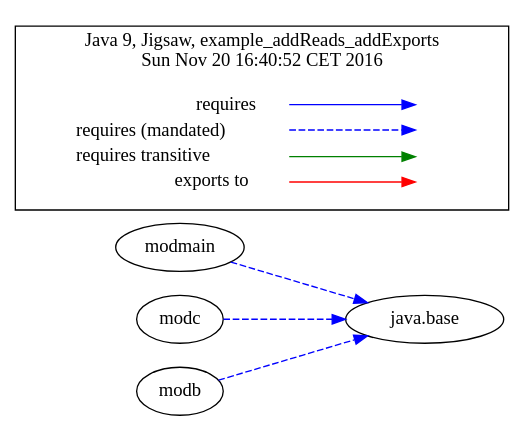
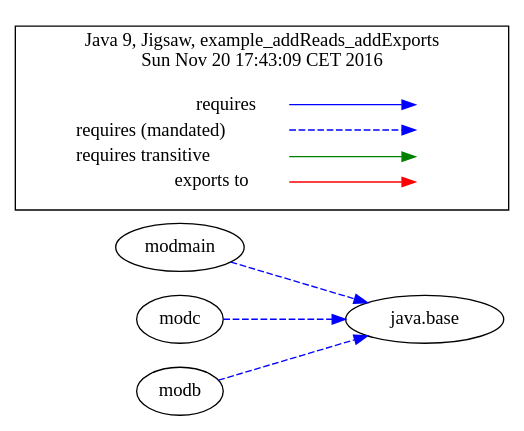
Before and after one commit to accso/java9-jigsaw-examples: the diagram in jigsaw-examples/example_addReads_addExports/moduledependencies-withlegend.dot, drawn with Graphviz. The commit also changed 84 other files, not shown here.

```diff
--- a/jigsaw-examples/example_addReads_addExports/moduledependencies-withlegend.dot
+++ b/jigsaw-examples/example_addReads_addExports/moduledependencies-withlegend.dot
@@ -1,33 +1,33 @@
-# Created by depvis.JigsawDepVisualizer on Sun Nov 20 16:40:52 CET 2016
+# Created by depvis.JigsawDepVisualizer on Sun Nov 20 17:43:09 CET 2016
 digraph Java9_Dependency_Visualizer {
 modmain[fontname="Consolas",shape="ellipse",label="modmain"];
 java_base[fontname="Consolas",shape="ellipse",label="java.base"];
 modc[fontname="Consolas",shape="ellipse",label="modc"];
 modb[fontname="Consolas",shape="ellipse",label="modb"];
 modmain -> java_base[color="#0000ff",fontname="Consolas",fontcolor="#0000ff",style="dashed",weight="16"]
 modc -> java_base[color="#0000ff",fontname="Consolas",fontcolor="#0000ff",style="dashed",weight="16"]
 modb -> java_base[color="#0000ff",fontname="Consolas",fontcolor="#0000ff",style="dashed",weight="16"]
 rankdir=LR
 node [shape=plaintext]
 subgraph cluster_01 { 
   label = "Java 9, Jigsaw, example_addReads_addExports
-Sun Nov 20 16:40:52 CET 2016"
+Sun Nov 20 17:43:09 CET 2016"
   fontname="Consolas"
   key [label=<<table border="0" cellpadding="2" cellspacing="0" cellborder="0">
     <tr><td align="right" port="i1">requires</td></tr>
     <tr><td align="right" port="i2">requires (mandated)</td></tr>
     <tr><td align="right" port="i3">requires transitive</td></tr>
     <tr><td align="right" port="i4">exports to</td></tr>
     </table>>,fontname="Consolas"]
   key2 [label=<<table border="0" cellpadding="2" cellspacing="0" cellborder="0">
     <tr><td port="i1">&nbsp;</td></tr>
     <tr><td port="i2">&nbsp;</td></tr>
     <tr><td port="i3">&nbsp;</td></tr>
     <tr><td port="i4">&nbsp;</td></tr>
     </table>>,fontname="Consolas"]
   key:i1:e -> key2:i1:w [color=BLUE]
   key:i2:e -> key2:i2:w [color=BLUE, style=dashed]
   key:i3:e -> key2:i3:w [color=GREEN]
   key:i4:e -> key2:i4:w [color=RED]
 }
 }
```
